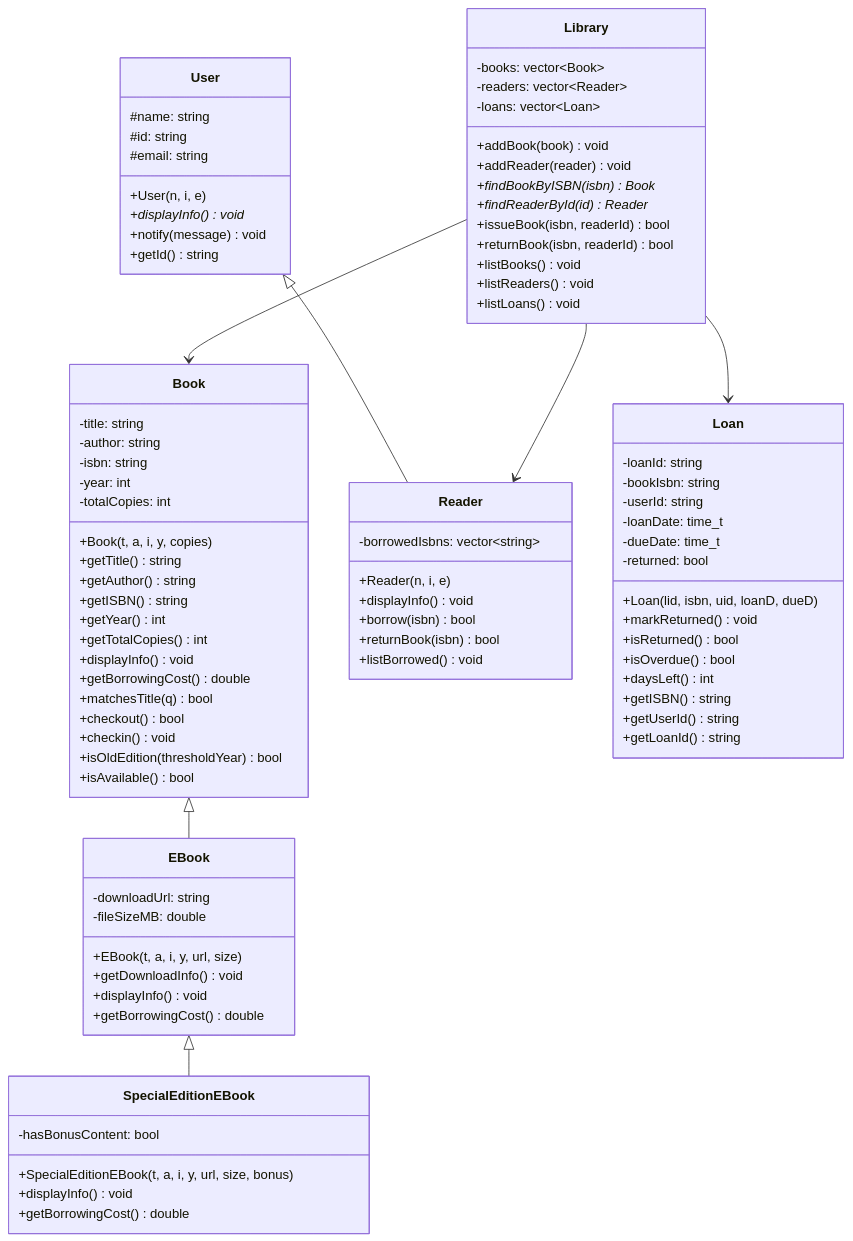
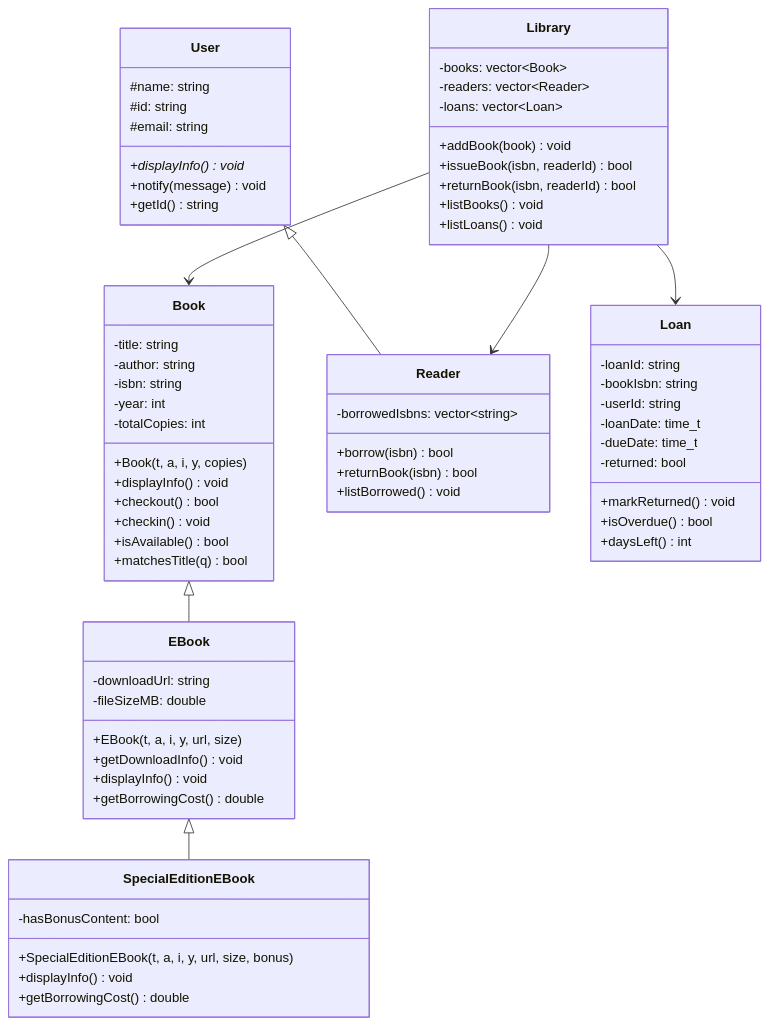
One commit to gachibasers/lab1 changed the first of 4 diagrams in README.md. Above: the diagram before and after it, drawn with Mermaid. The commit also changed other lines of this file, not shown here.

Commit message:
docs: add sequence, use case, and activity diagrams in Mermaid

```diff
--- a/README.md
+++ b/README.md
@@ -13,18 +13,11 @@
         -year: int
         -totalCopies: int
         +Book(t, a, i, y, copies)
-        +getTitle() string
-        +getAuthor() string
-        +getISBN() string
-        +getYear() int
-        +getTotalCopies() int
         +displayInfo() void
-        +getBorrowingCost() double
-        +matchesTitle(q) bool
         +checkout() bool
         +checkin() void
-        +isOldEdition(thresholdYear) bool
         +isAvailable() bool
+        +matchesTitle(q) bool
     }
 
     class EBook {
@@ -47,7 +40,6 @@
         #name: string
         #id: string
         #email: string
-        +User(n, i, e)
         +displayInfo() void*
         +notify(message) void
         +getId() string
@@ -55,8 +47,6 @@
 
     class Reader {
         -borrowedIsbns: vector~string~
-        +Reader(n, i, e)
-        +displayInfo() void
         +borrow(isbn) bool
         +returnBook(isbn) bool
         +listBorrowed() void
@@ -69,14 +59,9 @@
         -loanDate: time_t
         -dueDate: time_t
         -returned: bool
-        +Loan(lid, isbn, uid, loanD, dueD)
         +markReturned() void
-        +isReturned() bool
         +isOverdue() bool
         +daysLeft() int
-        +getISBN() string
-        +getUserId() string
-        +getLoanId() string
     }
 
     class Library {
@@ -84,13 +69,9 @@
         -readers: vector~Reader~
         -loans: vector~Loan~
         +addBook(book) void
-        +addReader(reader) void
-        +findBookByISBN(isbn) Book*
-        +findReaderById(id) Reader*
         +issueBook(isbn, readerId) bool
         +returnBook(isbn, readerId) bool
         +listBooks() void
-        +listReaders() void
         +listLoans() void
     }
 
```
